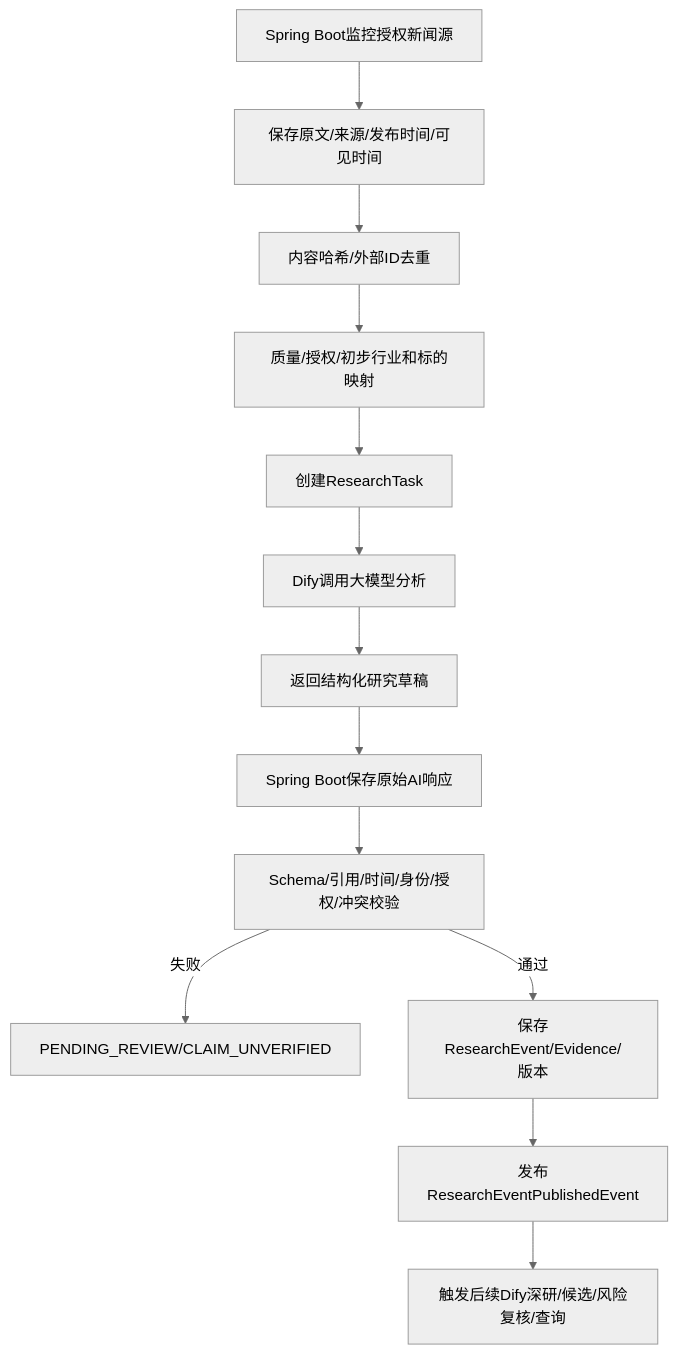
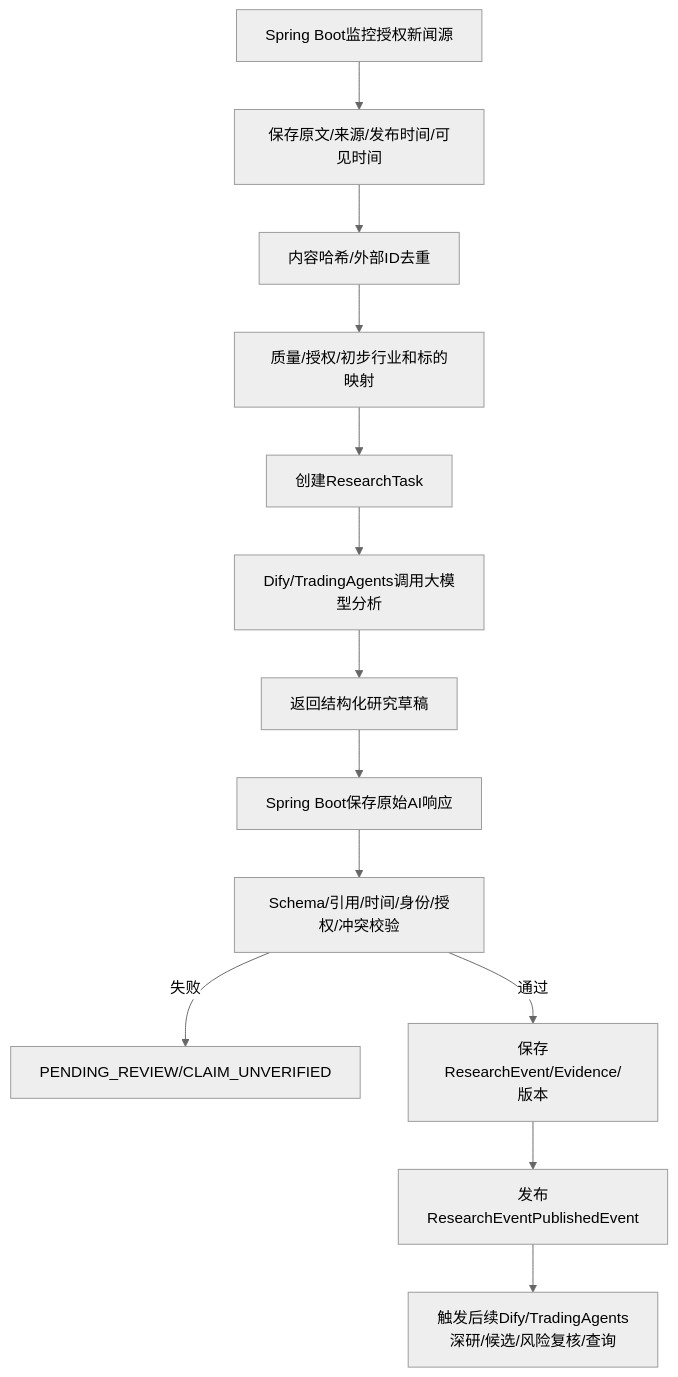
One commit to shaoqf2350/quant changed the third of 4 diagrams in doc/详设文档/详设_1_数据与标的基础详细设计方案.md. Above: the diagram before and after it, drawn with Mermaid (neutral theme). The commit also changed other lines of this file and 100 other files, not shown here.

````diff
--- a/doc/详设文档/详设_1_数据与标的基础详细设计方案.md
+++ b/doc/详设文档/详设_1_数据与标的基础详细设计方案.md
@@ -656,16 +663,16 @@
 ```mermaid
 flowchart TD
     A[Spring Boot监控授权新闻源]
     A-->B[保存原文/来源/发布时间/可见时间]
     B-->C[内容哈希/外部ID去重]
     C-->D[质量/授权/初步行业和标的映射]
     D-->E[创建ResearchTask]
-    E-->F[Dify调用大模型分析]
+    E-->F[Dify/TradingAgents调用大模型分析]
     F-->G[返回结构化研究草稿]
     G-->H[Spring Boot保存原始AI响应]
     H-->I[Schema/引用/时间/身份/授权/冲突校验]
     I-->|失败|J[PENDING_REVIEW/CLAIM_UNVERIFIED]
     I-->|通过|K[保存ResearchEvent/Evidence/版本]
     K-->L[发布ResearchEventPublishedEvent]
-    L-->M[触发后续Dify深研/候选/风险复核/查询]
+    L-->M[触发后续Dify/TradingAgents深研/候选/风险复核/查询]
 ```
````
